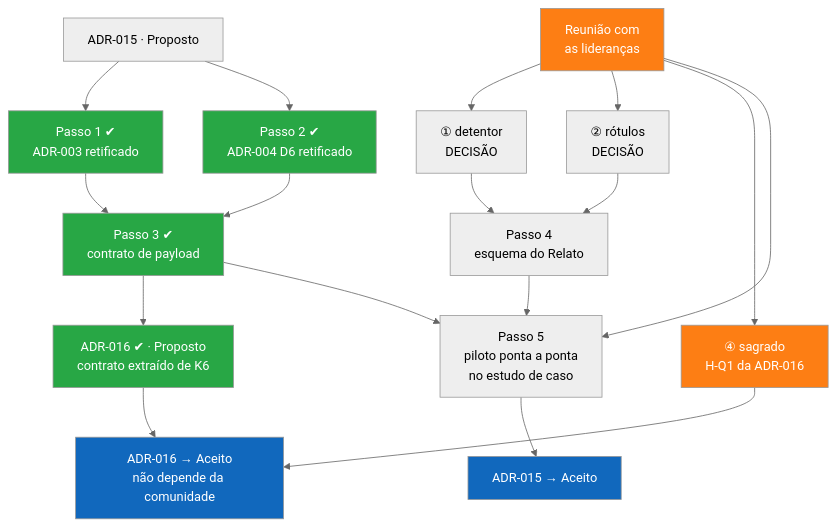
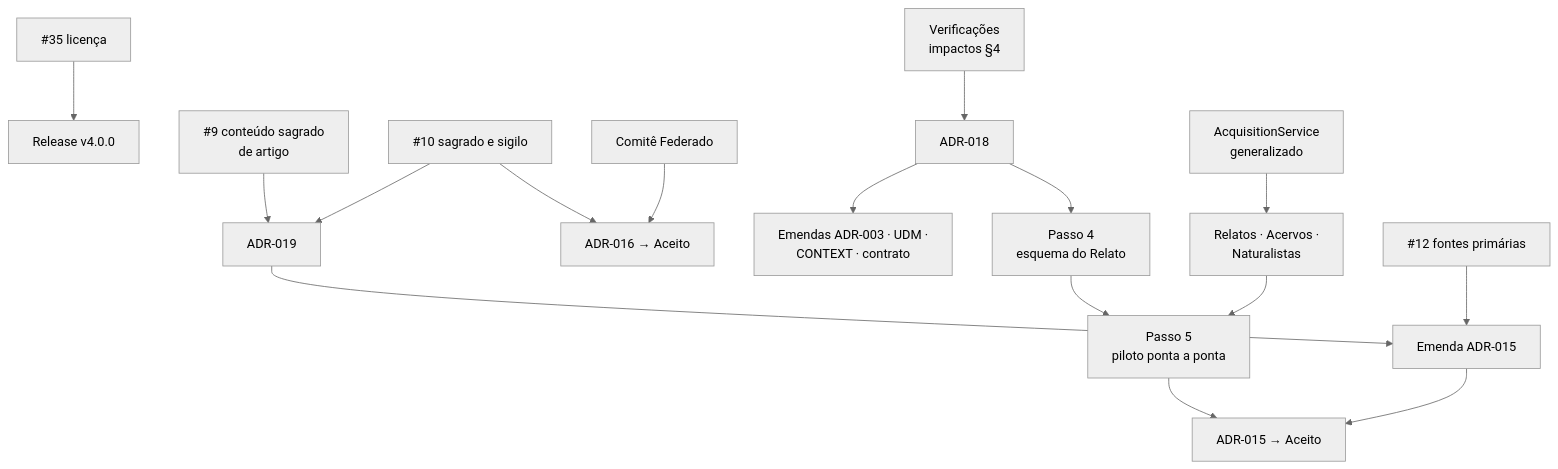
Before and after one commit to edalcin/Arquitetura-BioCultural: the diagram in docs/tecnico/proximosPassos.md, drawn with Mermaid (neutral theme). The commit also changed other lines of this file and 10 other files, not shown here.

````diff
--- a/docs/tecnico/proximosPassos.md
+++ b/docs/tecnico/proximosPassos.md
@@ -205,27 +129,18 @@
 ```mermaid
 flowchart TD
-    A["ADR-015 · Proposto"] --> P1["Passo 1 ✔<br/>ADR-003 retificado"]
-    A --> P2["Passo 2 ✔<br/>ADR-004 D6 retificado"]
-    P1 --> P3["Passo 3 ✔<br/>contrato de payload"]
-    P2 --> P3
-    P3 --> H["ADR-016 ✔ · Proposto<br/>contrato extraído de K6"]
-    H --> HA["ADR-016 → Aceito<br/>não depende da comunidade"]
-    Q1["① detentor<br/>DECISÃO"] --> P4["Passo 4<br/>esquema do Relato"]
-    Q2["② rótulos<br/>DECISÃO"] --> P4
-    C["Reunião com<br/>as lideranças"] --> Q1
-    C --> Q2
-    C --> Q4["④ sagrado<br/>H-Q1 da ADR-016"]
-    Q4 --> HA
-    C --> P5["Passo 5<br/>piloto ponta a ponta<br/>no estudo de caso"]
-    P3 --> P5
-    P4 --> P5
-    P5 --> F["ADR-015 → Aceito"]
-    style P1 fill:#28a745,color:#fff
-    style P2 fill:#28a745,color:#fff
-    style P3 fill:#28a745,color:#fff
-    style H fill:#28a745,color:#fff
-    style C fill:#fd7e14,color:#fff
-    style Q4 fill:#fd7e14,color:#fff
-    style F fill:#1168bd,color:#fff
-    style HA fill:#1168bd,color:#fff
+    S35["#35 licença"] --> R["Release v4.0.0"]
+    I9["#9 conteúdo sagrado<br/>de artigo"] --> A19["ADR-019"]
+    I10["#10 sagrado e sigilo"] --> A19
+    I10 --> A16["ADR-016 → Aceito"]
+    COM["Comitê Federado"] --> A16
+    V["Verificações<br/>impactos §4"] --> A18["ADR-018"]
+    A18 --> EM["Emendas ADR-003 · UDM ·<br/>CONTEXT · contrato"]
+    A18 --> P4["Passo 4<br/>esquema do Relato"]
+    AQ["AcquisitionService<br/>generalizado"] --> U["Relatos · Acervos ·<br/>Naturalistas"]
+    P4 --> P5["Passo 5<br/>piloto ponta a ponta"]
+    U --> P5
+    A19 --> E15["Emenda ADR-015"]
+    I12["#12 fontes primárias"] --> E15
+    P5 --> A15["ADR-015 → Aceito"]
+    E15 --> A15
 ```
````
